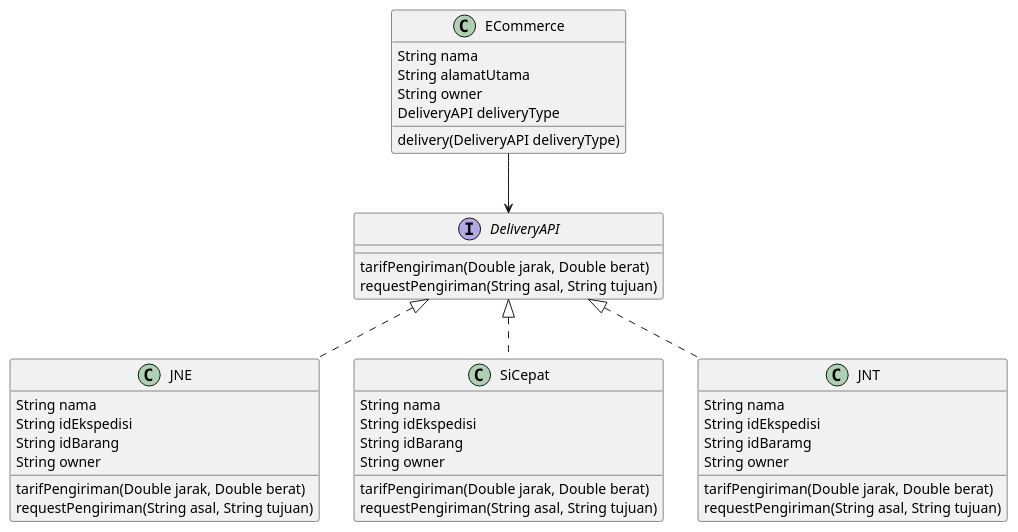
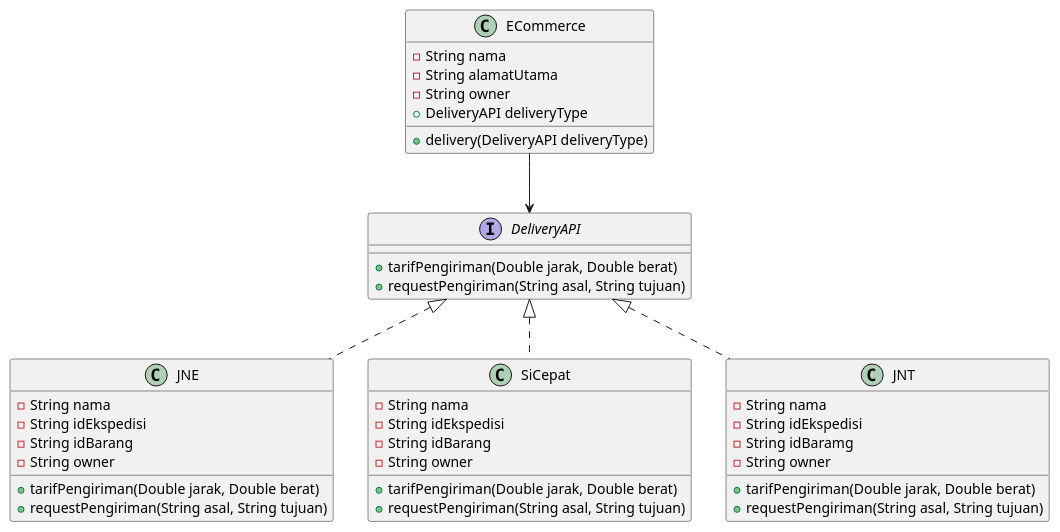
One commit to farhanzakiputra/pbpu-a-2022 changed the diagram in Kelompok 2/uml-diagram-kel-2.puml. Above: the diagram before and after it, drawn with PlantUML.

```diff
--- a/Kelompok 2/uml-diagram-kel-2.puml
+++ b/Kelompok 2/uml-diagram-kel-2.puml
@@ -1,46 +1,46 @@
 @startuml
 class ECommerce {
-    String nama
-    String alamatUtama
-    String owner
-    DeliveryAPI deliveryType
-    delivery(DeliveryAPI deliveryType)
+    -String nama
+    -String alamatUtama
+    -String owner
+    +DeliveryAPI deliveryType
+    +delivery(DeliveryAPI deliveryType)
 }
 
 interface DeliveryAPI {
-    tarifPengiriman(Double jarak, Double berat)
-    requestPengiriman(String asal, String tujuan)
+    +tarifPengiriman(Double jarak, Double berat)
+    +requestPengiriman(String asal, String tujuan)
 }
 
 class JNE {
-    String nama
-    String idEkspedisi
-    String idBarang
-    String owner
-    tarifPengiriman(Double jarak, Double berat)
-    requestPengiriman(String asal, String tujuan)
+    -String nama
+    -String idEkspedisi
+    -String idBarang
+    -String owner
+    +tarifPengiriman(Double jarak, Double berat)
+    +requestPengiriman(String asal, String tujuan)
 }
 
 class SiCepat {
-    String nama
-    String idEkspedisi
-    String idBarang
-    String owner
-    tarifPengiriman(Double jarak, Double berat)
-    requestPengiriman(String asal, String tujuan)
+    -String nama
+    -String idEkspedisi
+    -String idBarang
+    -String owner
+    +tarifPengiriman(Double jarak, Double berat)
+    +requestPengiriman(String asal, String tujuan)
 }
 
 class JNT {
-    String nama
-    String idEkspedisi
-    String idBaramg
-    String owner
-    tarifPengiriman(Double jarak, Double berat)
-    requestPengiriman(String asal, String tujuan)
+    -String nama
+    -String idEkspedisi
+    -String idBaramg
+    -String owner
+    +tarifPengiriman(Double jarak, Double berat)
+    +requestPengiriman(String asal, String tujuan)
 }
 
 ECommerce --> DeliveryAPI
 class JNE implements DeliveryAPI
 class JNT implements DeliveryAPI
 class SiCepat implements DeliveryAPI
 @enduml
```
